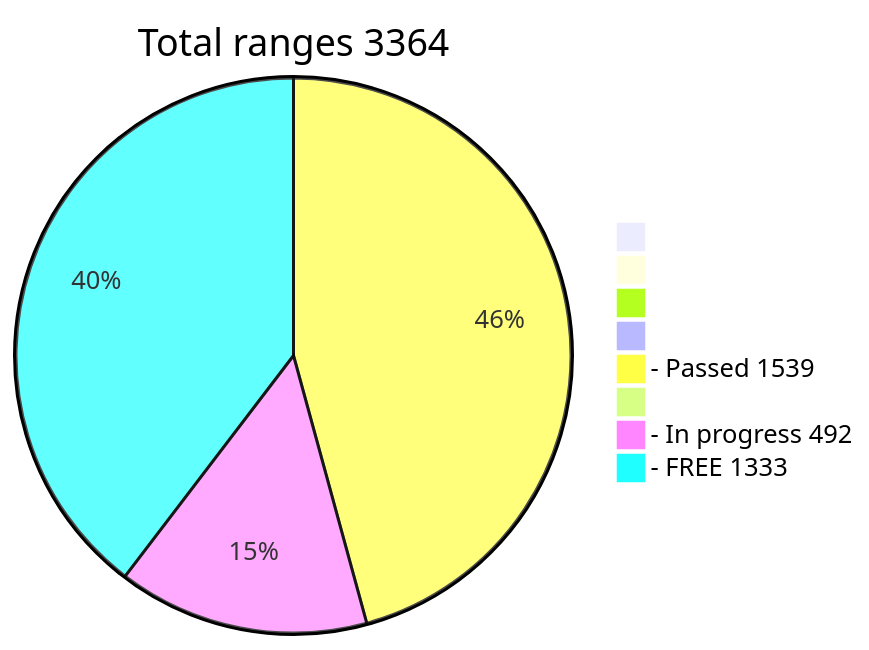
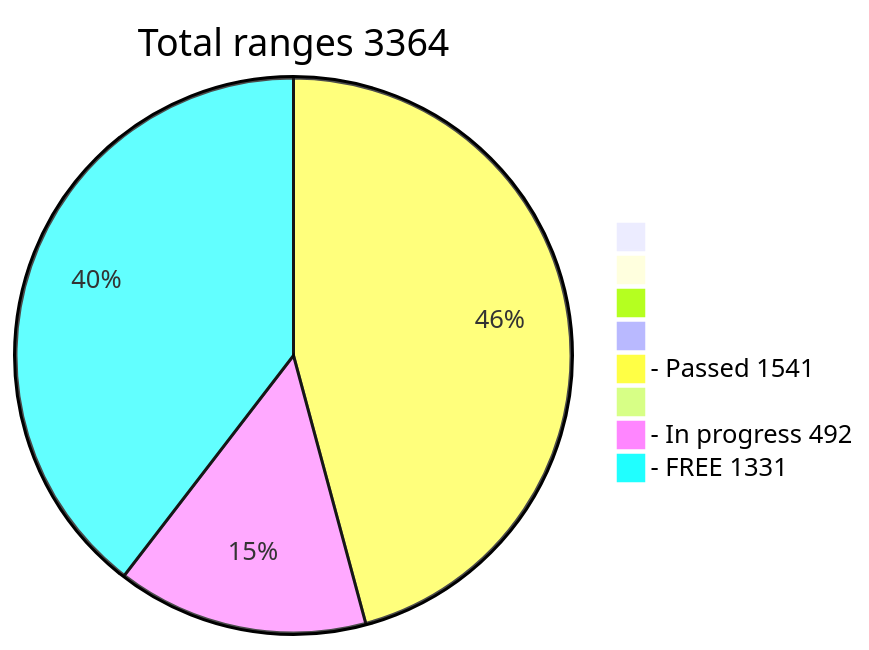
Before and after one commit to phrutis/wif500: the diagram in README.md, drawn with Mermaid.

````diff
--- a/README.md
+++ b/README.md
@@ -16,12 +16,12 @@
 ```mermaid
 pie title Total ranges 3364
              " " : 0
             "  " : 0
            "   " : 0
           "    " : 0
-  "- Passed 1539" : 1539
+  "- Passed 1541" : 1541
          "     " : 0
   "- In progress 492" : 492
-   "- FREE 1333" : 1333
+   "- FREE 1331" : 1331
    
 ```
````
